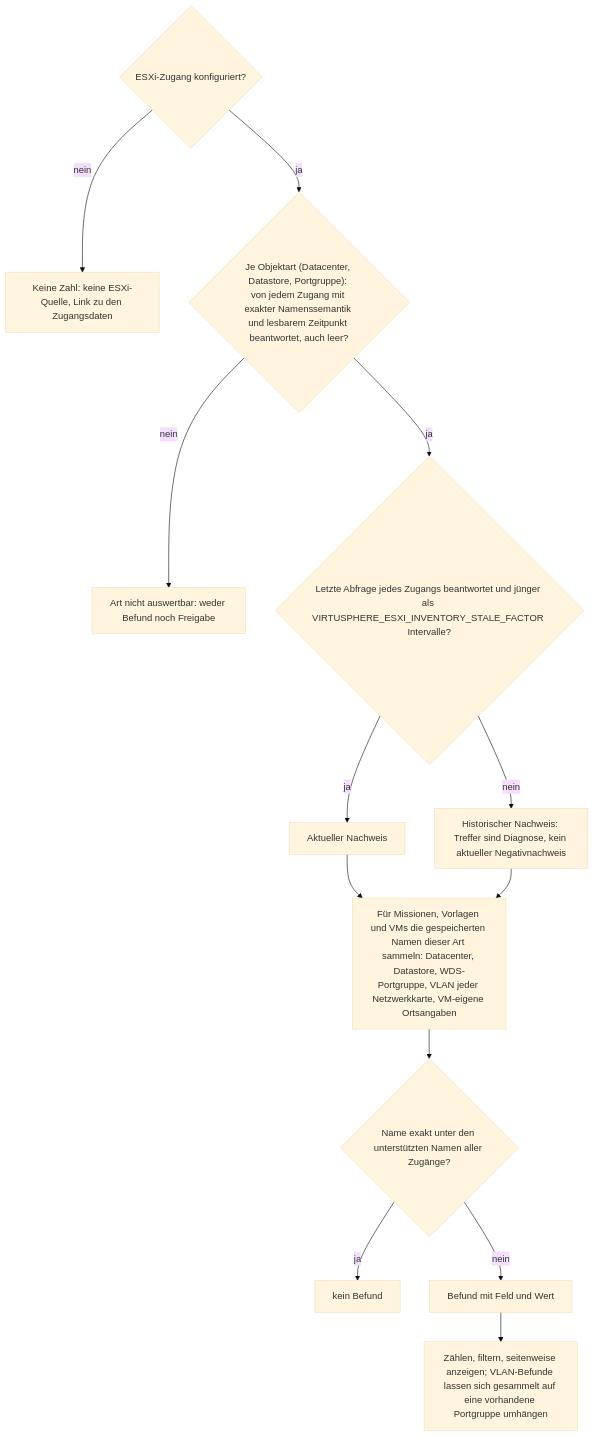
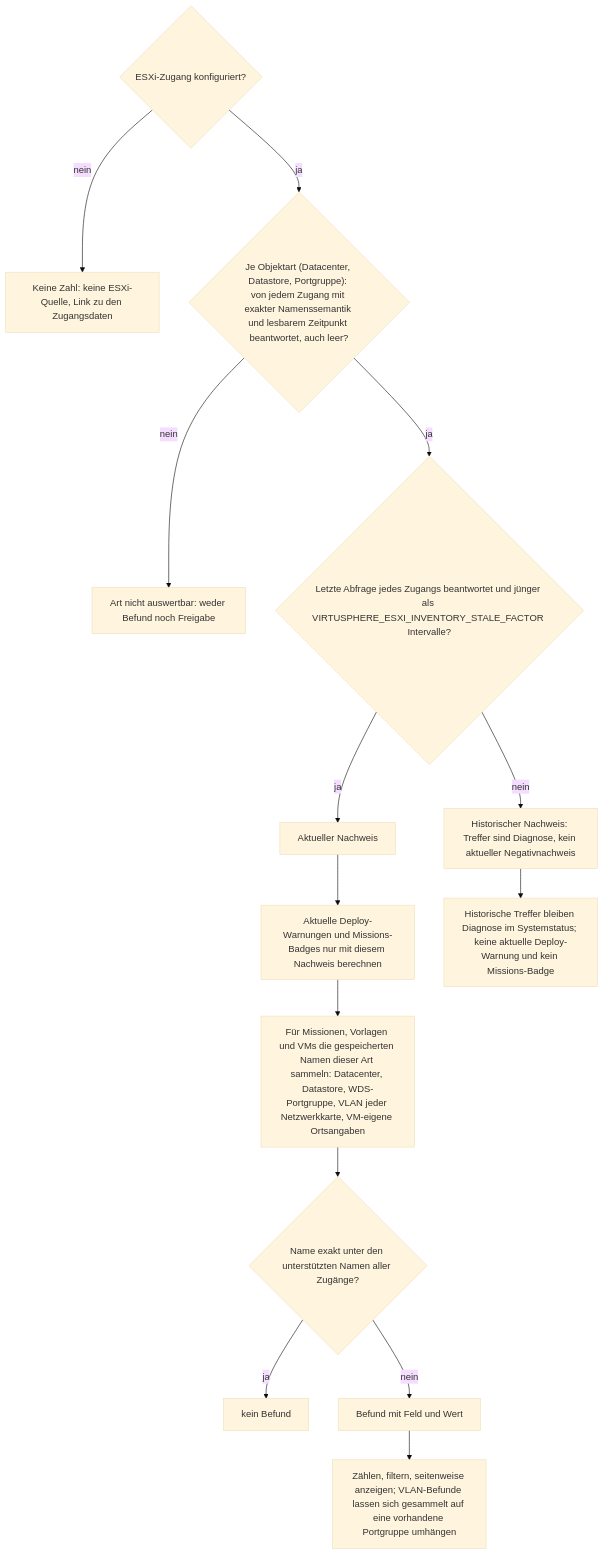
The sixth of 8 diagrams in docs/operations/system-status-checks.md (Samy94M/VirtuSphere-v2-WebApp), drawn with Mermaid (base theme) before and after one commit. The commit also changed other lines of this file and 32 other files, not shown here.

````diff
--- a/docs/operations/system-status-checks.md
+++ b/docs/operations/system-status-checks.md
@@ -167,15 +167,16 @@
 ```mermaid
 flowchart TD
   A{"ESXi-Zugang konfiguriert?"} -->|nein| N["Keine Zahl: keine ESXi-Quelle, Link zu den Zugangsdaten"]
   A -->|ja| K{"Je Objektart (Datacenter, Datastore, Portgruppe): von jedem Zugang mit exakter Namenssemantik und lesbarem Zeitpunkt beantwortet, auch leer?"}
   K -->|nein| C1["Art nicht auswertbar: weder Befund noch Freigabe"]
   K -->|ja| K2{"Letzte Abfrage jedes Zugangs beantwortet und jünger als VIRTUSPHERE_ESXI_INVENTORY_STALE_FACTOR Intervalle?"}
   K2 -->|ja| KC["Aktueller Nachweis"]
   K2 -->|nein| KH["Historischer Nachweis: Treffer sind Diagnose, kein aktueller Negativnachweis"]
-  KC --> B
-  KH --> B["Für Missionen, Vorlagen und VMs die gespeicherten Namen dieser Art sammeln: Datacenter, Datastore, WDS-Portgruppe, VLAN jeder Netzwerkkarte, VM-eigene Ortsangaben"]
-  B --> D{"Name exakt unter den unterstützten Namen aller Zugänge?"}
+  KC --> B["Aktuelle Deploy-Warnungen und Missions-Badges nur mit diesem Nachweis berechnen"]
+  KH --> H["Historische Treffer bleiben Diagnose im Systemstatus; keine aktuelle Deploy-Warnung und kein Missions-Badge"]
+  B --> B2["Für Missionen, Vorlagen und VMs die gespeicherten Namen dieser Art sammeln: Datacenter, Datastore, WDS-Portgruppe, VLAN jeder Netzwerkkarte, VM-eigene Ortsangaben"]
+  B2 --> D{"Name exakt unter den unterstützten Namen aller Zugänge?"}
   D -->|ja| D1["kein Befund"]
   D -->|nein| D2["Befund mit Feld und Wert"]
   D2 --> E["Zählen, filtern, seitenweise anzeigen; VLAN-Befunde lassen sich gesammelt auf eine vorhandene Portgruppe umhängen"]
 ```
````
